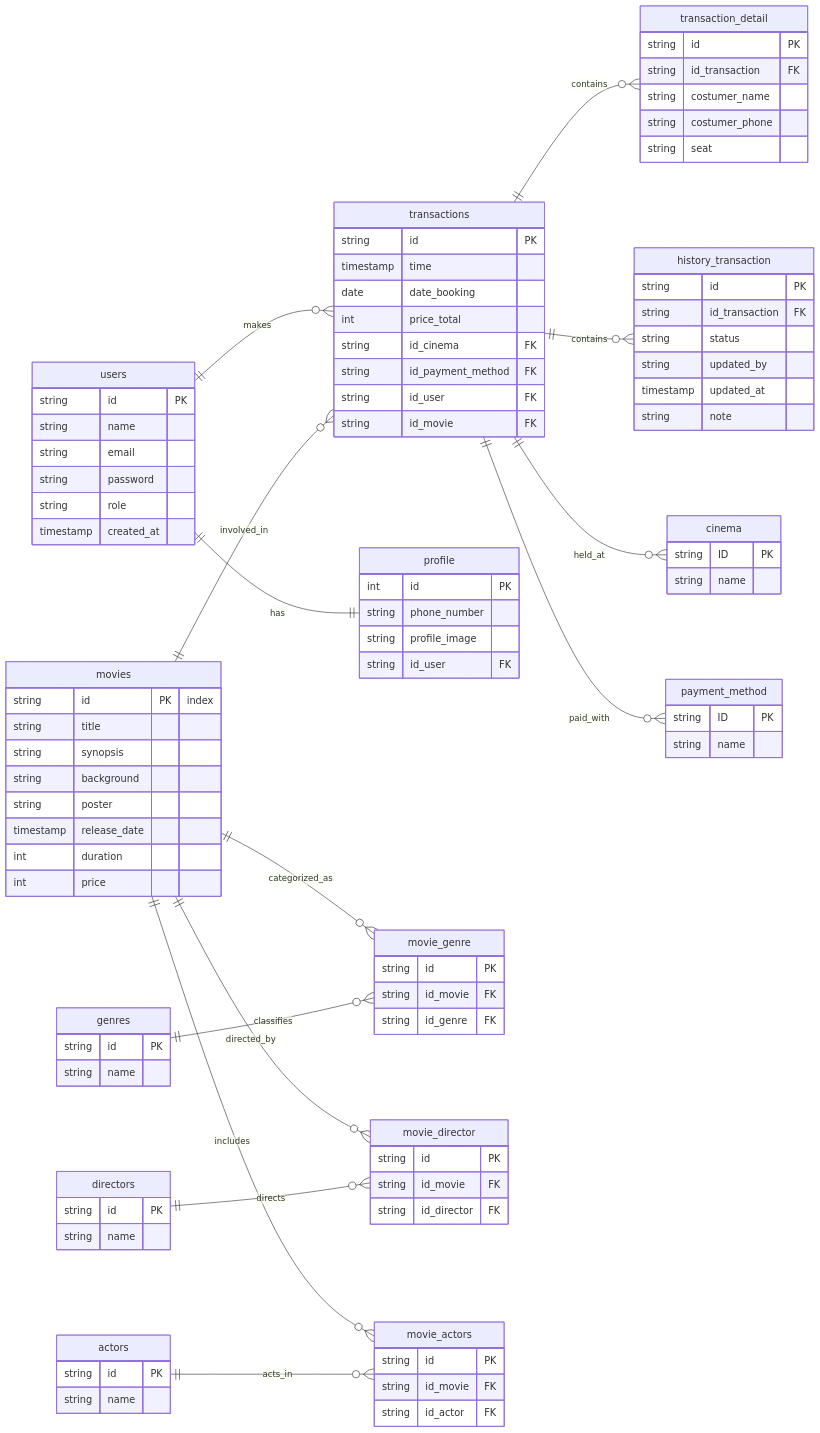
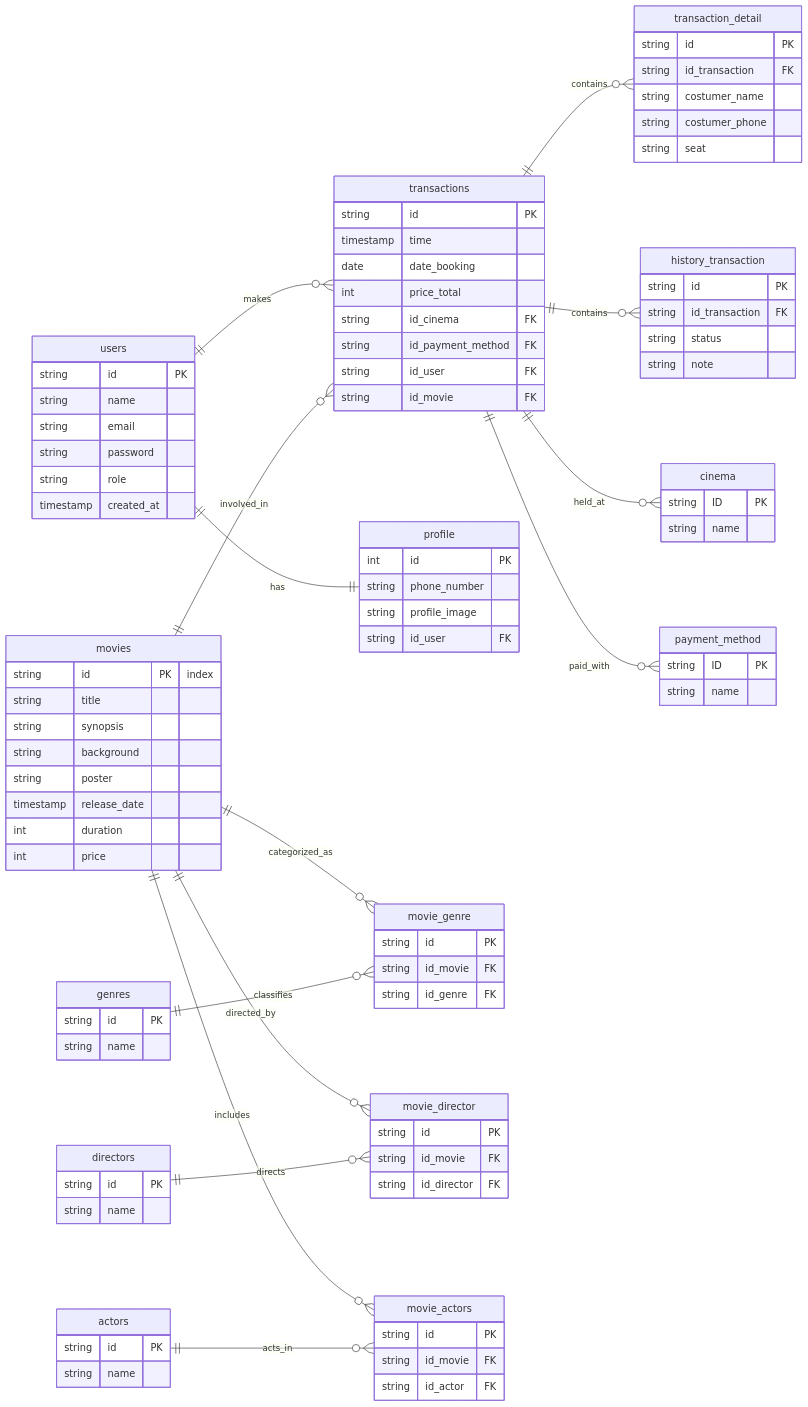
The diagram in readme.md (HN721/fgo24-be-tickitz), drawn with Mermaid before and after one commit.

```diff
--- a/readme.md
+++ b/readme.md
@@ -126,8 +126,6 @@
      history_transaction{   string id PK
         string id_transaction FK
         string status
-        string updated_by
-        timestamp updated_at
         string note
     }
     cinema{
```
